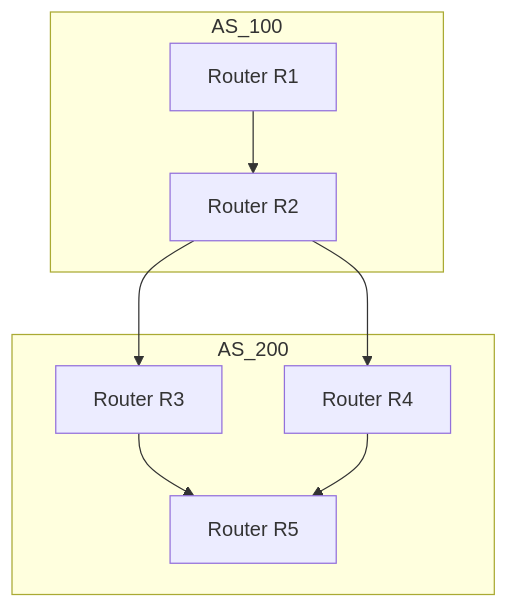
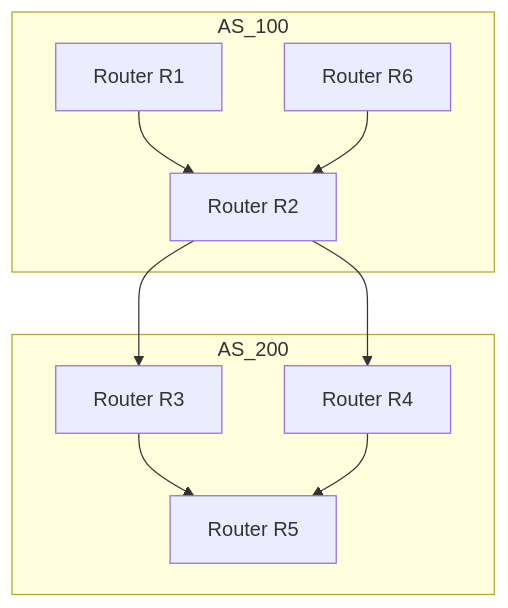
Before and after one commit to ChocoLZS/frr-utilities: the diagram in containerlab/topo/bgp/bgp-add-path/README.md, drawn with Mermaid. The commit also changed 6 other files, not shown here.

````diff
--- a/containerlab/topo/bgp/bgp-add-path/README.md
+++ b/containerlab/topo/bgp/bgp-add-path/README.md
@@ -3,13 +3,14 @@
 ```mermaid
 graph
     subgraph AS_100
         R1[Router R1] --> R2[Router R2]
+        R6[Router R6] --> R2[Router R2]
     end
 
     subgraph AS_200
         R2[Router R2] --> R3[Router R3]
         R2[Router R2] --> R4[Router R4]
         R3[Router R3] --> R5[Router R5]
         R4[Router R4] --> R5[Router R5]
     end
 ```
````
